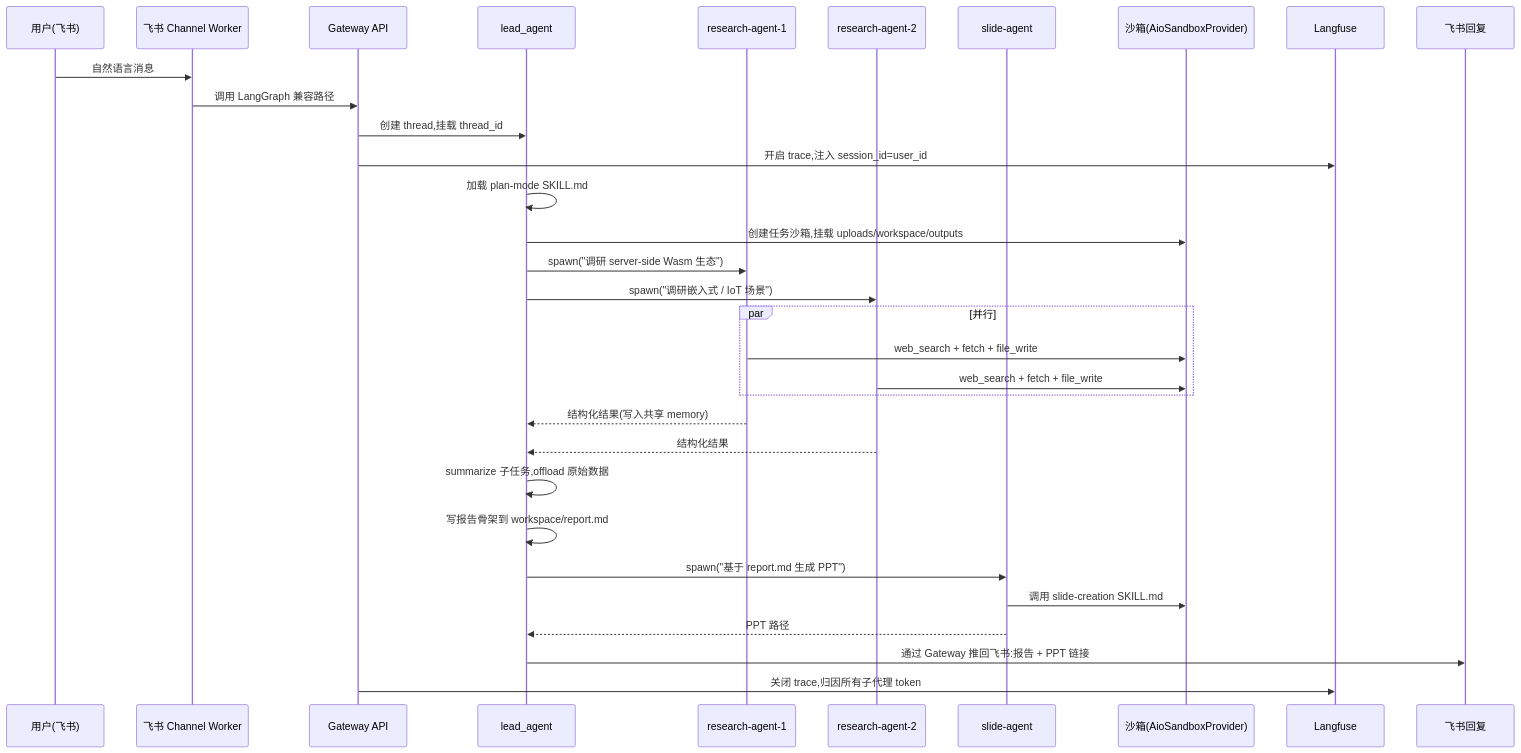
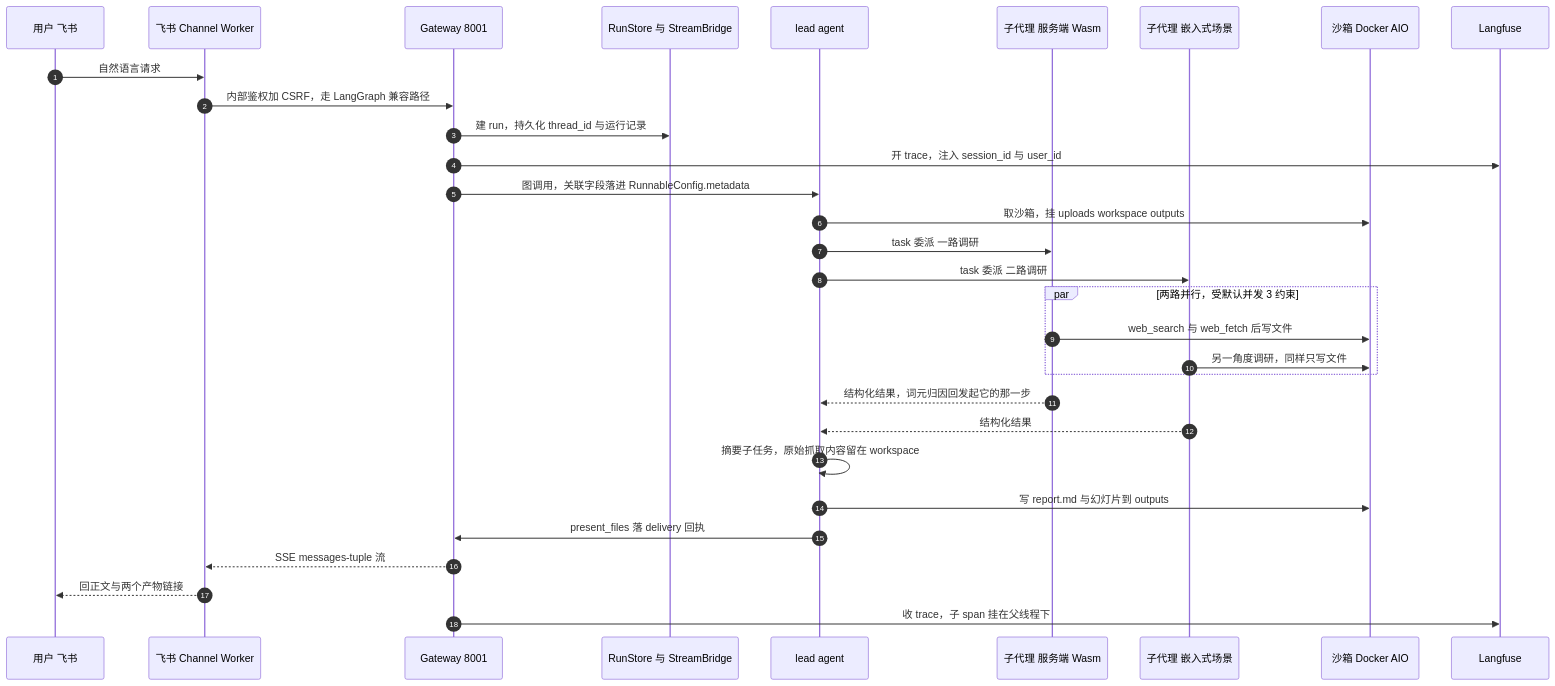
Before and after one commit to A1pha3/text-matrix: the second of 2 diagrams in content/posts/tech/bytedance-deer-flow-long-horizon-superagent-guide.md, drawn with Mermaid. The commit also changed other lines of this file and 227 other files, not shown here.

````diff
--- a/content/posts/tech/bytedance-deer-flow-long-horizon-superagent-guide.md
+++ b/content/posts/tech/bytedance-deer-flow-long-horizon-superagent-guide.md
@@ -274,35 +356,34 @@
 ```mermaid
 sequenceDiagram
-    participant U as 用户(飞书)
-    participant FS as 飞书 Channel Worker
-    participant GW as Gateway API
-    participant Lead as lead_agent
-    participant Sub1 as research-agent-1
-    participant Sub2 as research-agent-2
-    participant Sub3 as slide-agent
-    participant SB as 沙箱(AioSandboxProvider)
+    autonumber
+    participant U as 用户 飞书
+    participant CW as 飞书 Channel Worker
+    participant GW as Gateway 8001
+    participant RS as RunStore 与 StreamBridge
+    participant LA as lead agent
+    participant S1 as 子代理 服务端 Wasm
+    participant S2 as 子代理 嵌入式场景
+    participant SB as 沙箱 Docker AIO
     participant LF as Langfuse
-    participant FS2 as 飞书回复
 
-    U->>FS: 自然语言消息
-    FS->>GW: 调用 LangGraph 兼容路径
-    GW->>Lead: 创建 thread,挂载 thread_id
-    GW->>LF: 开启 trace,注入 session_id=user_id
-    Lead->>Lead: 加载 plan-mode SKILL.md
-    Lead->>SB: 创建任务沙箱,挂载 uploads/workspace/outputs
-    Lead->>Sub1: spawn("调研 server-side Wasm 生态")
-    Lead->>Sub2: spawn("调研嵌入式 / IoT 场景")
-    par 并行
-        Sub1->>SB: web_search + fetch + file_write
-        Sub2->>SB: web_search + fetch + file_write
+    U->>CW: 自然语言请求
+    CW->>GW: 内部鉴权加 CSRF，走 LangGraph 兼容路径
+    GW->>RS: 建 run，持久化 thread_id 与运行记录
+    GW->>LF: 开 trace，注入 session_id 与 user_id
+    GW->>LA: 图调用，关联字段落进 RunnableConfig.metadata
+    LA->>SB: 取沙箱，挂 uploads workspace outputs
+    LA->>S1: task 委派 一路调研
+    LA->>S2: task 委派 二路调研
+    par 两路并行，受默认并发 3 约束
+        S1->>SB: web_search 与 web_fetch 后写文件
+        S2->>SB: 另一角度调研，同样只写文件
     end
-    Sub1-->>Lead: 结构化结果(写入共享 memory)
-    Sub2-->>Lead: 结构化结果
-    Lead->>Lead: summarize 子任务,offload 原始数据
-    Lead->>Lead: 写报告骨架到 workspace/report.md
-    Lead->>Sub3: spawn("基于 report.md 生成 PPT")
-    Sub3->>SB: 调用 slide-creation SKILL.md
-    Sub3-->>Lead: PPT 路径
-    Lead->>FS2: 通过 Gateway 推回飞书:报告 + PPT 链接
-    GW->>LF: 关闭 trace,归因所有子代理 token
+    S1-->>LA: 结构化结果，词元归因回发起它的那一步
+    S2-->>LA: 结构化结果
+    LA->>LA: 摘要子任务，原始抓取内容留在 workspace
+    LA->>SB: 写 report.md 与幻灯片到 outputs
+    LA->>GW: present_files 落 delivery 回执
+    GW-->>CW: SSE messages-tuple 流
+    CW-->>U: 回正文与两个产物链接
+    GW->>LF: 收 trace，子 span 挂在父线程下
 ```
````
